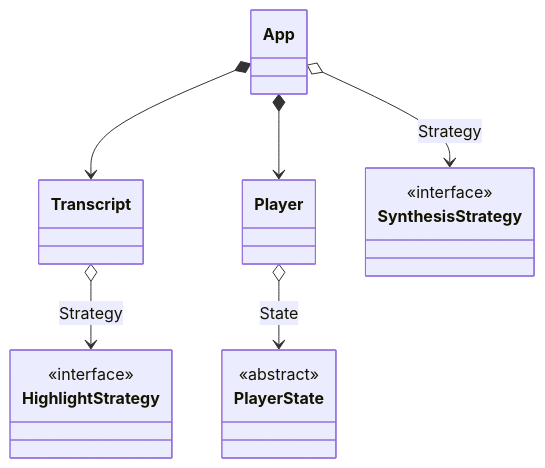
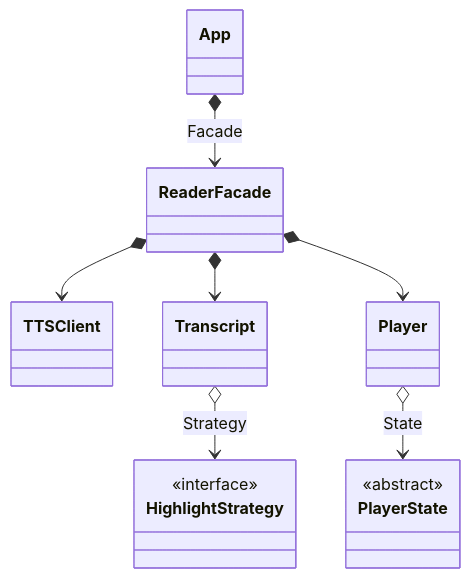
One commit to shu-vro/cse3206 changed the sixth of 6 diagrams in DESIGN_PATTERN.md. Above: the diagram before and after it, drawn with Mermaid. The commit also changed other lines of this file and 3 other files, not shown here.

````diff
--- a/DESIGN_PATTERN.md
+++ b/DESIGN_PATTERN.md
@@ -398,21 +391,21 @@
 ```mermaid
 classDiagram
     class App
+    class ReaderFacade
+    class TTSClient
     class Transcript
     class Player
-    class SynthesisStrategy {
-        <<interface>>
-    }
     class HighlightStrategy {
         <<interface>>
     }
     class PlayerState {
         <<abstract>>
     }
 
-    App *--> Transcript
-    App *--> Player
-    App o--> SynthesisStrategy : Strategy
+    App *--> ReaderFacade : Facade
+    ReaderFacade *--> TTSClient
+    ReaderFacade *--> Transcript
+    ReaderFacade *--> Player
     Transcript o--> HighlightStrategy : Strategy
     Player o--> PlayerState : State
 ```
````
